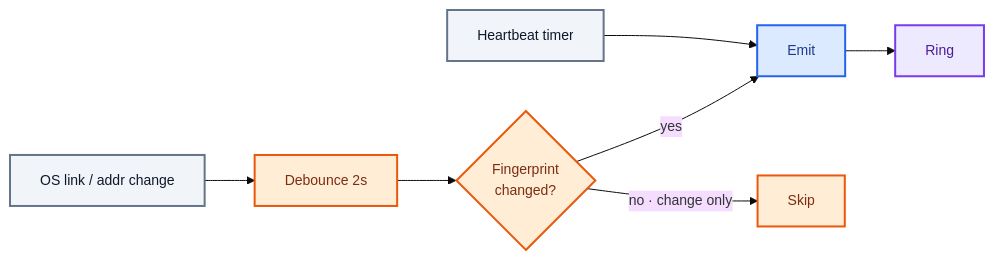
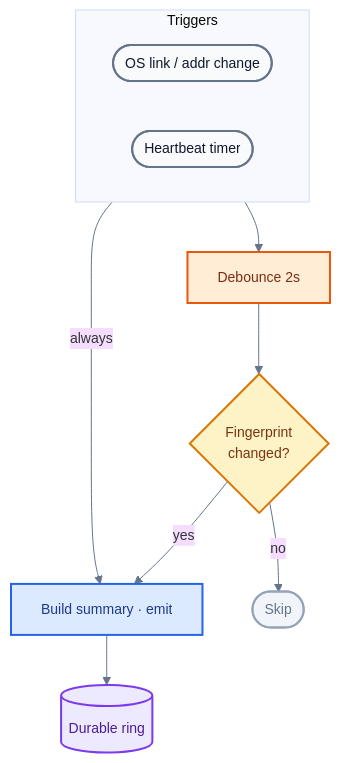
Before and after one commit to TrustEdgeOrg/TrustEdge-Agent: the second of 4 diagrams in docs/collection.md, drawn with Mermaid. The commit also changed other lines of this file, not shown here.

Commit message:
Refine collection Mermaid diagrams for clearer interview walkthroughs.

````diff
--- a/docs/collection.md
+++ b/docs/collection.md
@@ -137,20 +139,30 @@
 ```mermaid
-%%{init: {'theme': 'base', 'themeVariables': {'fontSize': '14px', 'fontFamily': 'arial'}}}%%
-flowchart LR
-    W["OS link / addr change"] --> D["Debounce 2s"]
-    H["Heartbeat timer"] --> E["Emit"]
+%%{init: {'theme': 'base', 'themeVariables': {'fontSize': '14px', 'fontFamily': 'arial', 'lineColor': '#64748B'}}}%%
+flowchart TB
+    subgraph TRIG ["Triggers"]
+        direction LR
+        W(["OS link / addr change"])
+        H(["Heartbeat timer"])
+    end
+
+    W --> D["Debounce 2s"]
     D --> F{"Fingerprint<br/>changed?"}
-    F -->|yes| E
-    F -->|no · change only| S["Skip"]
-    E --> R["Ring"]
+    F -->|yes| E["Build summary · emit"]
+    F -->|no| S(["Skip"])
+    H -->|always| E
+    E --> R[("Durable ring")]
 
-    classDef w fill:#F1F5F9,stroke:#64748B,stroke-width:2px,color:#0F172A
-    classDef d fill:#FFEDD5,stroke:#EA580C,stroke-width:2px,color:#7C2D12
-    classDef e fill:#DBEAFE,stroke:#2563EB,stroke-width:2px,color:#1E3A8A
+    classDef trig fill:#F8FAFC,stroke:#64748B,stroke-width:2px,color:#0F172A
+    classDef wait fill:#FFEDD5,stroke:#EA580C,stroke-width:2px,color:#7C2D12
+    classDef decide fill:#FEF3C7,stroke:#D97706,stroke-width:2px,color:#78350F
+    classDef emit fill:#DBEAFE,stroke:#2563EB,stroke-width:2px,color:#1E3A8A
+    classDef skip fill:#F1F5F9,stroke:#94A3B8,stroke-width:2px,color:#64748B
     classDef out fill:#EDE9FE,stroke:#7C3AED,stroke-width:2px,color:#4C1D95
 
-    class W,H w
-    class D,F,S d
-    class E e
+    class W,H trig
+    class D wait
+    class F decide
+    class E emit
+    class S skip
     class R out
 ```
````
